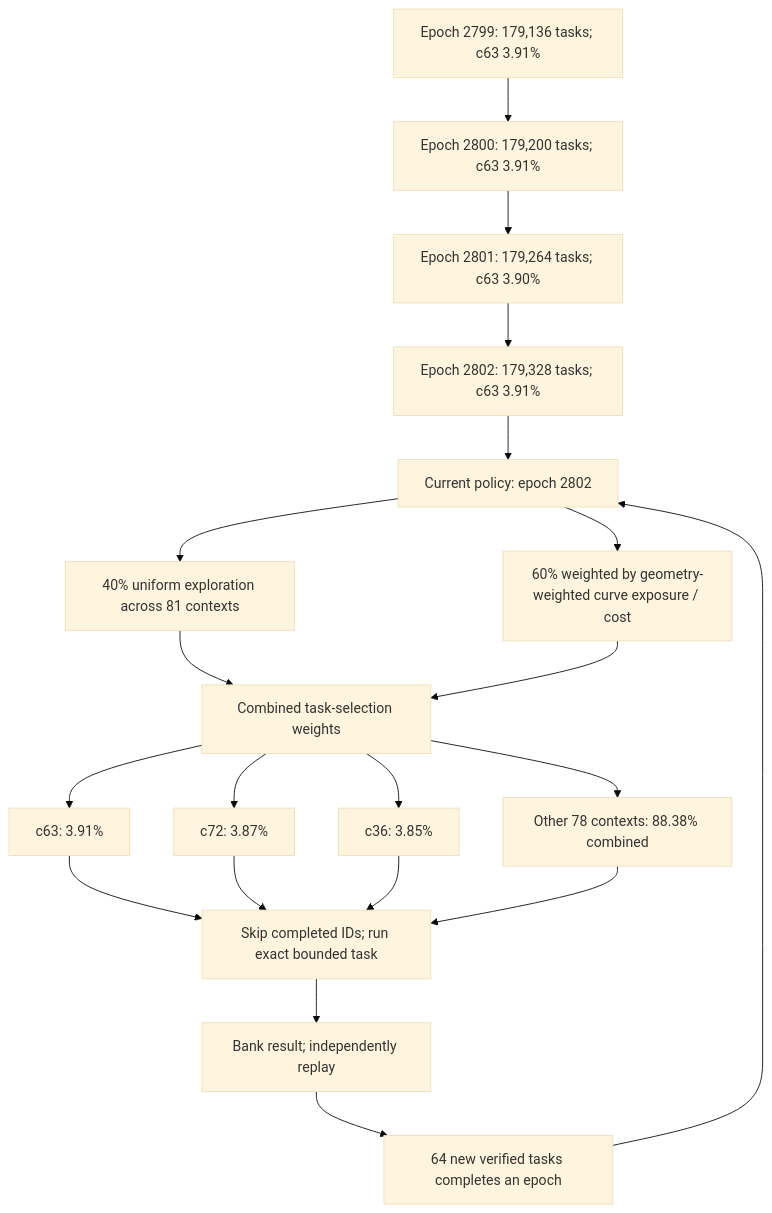
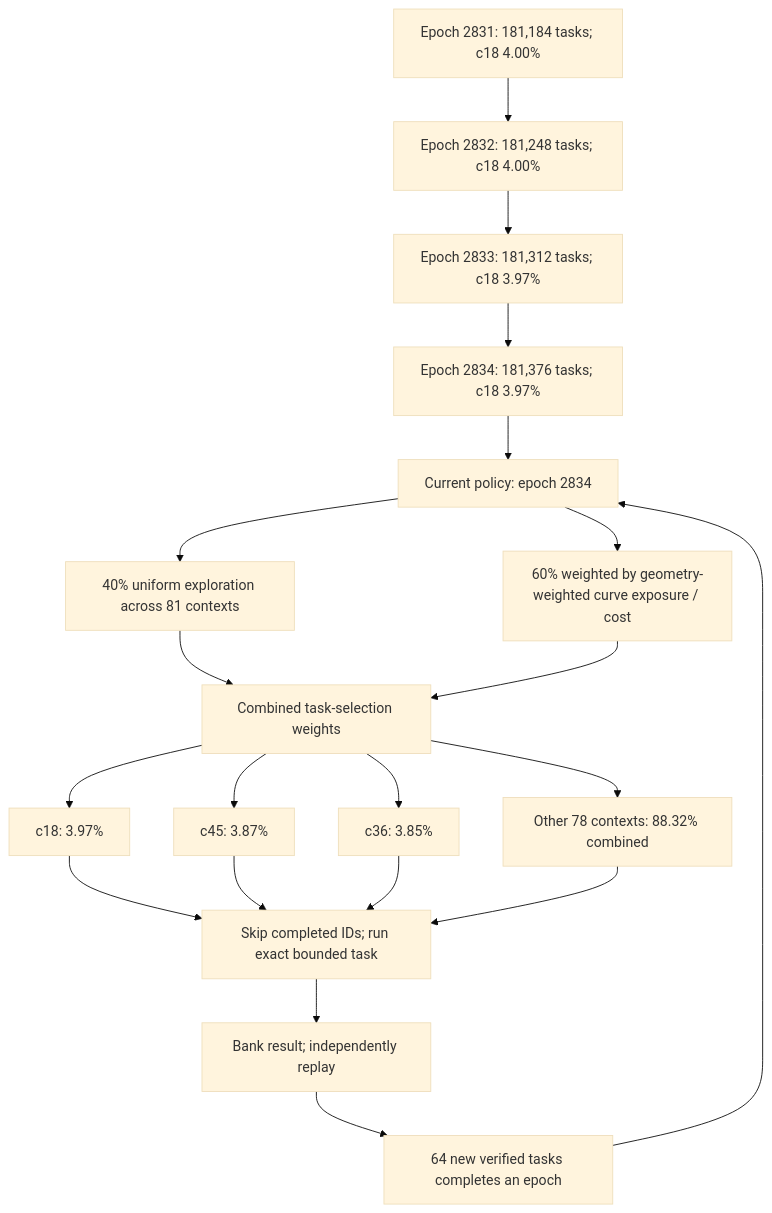
Before and after one commit to Kuberwastaken/math-gambling: the first of 3 diagrams in README.md, drawn with Mermaid (base theme). The commit also changed other lines of this file and 4073 other files, not shown here.

````diff
--- a/README.md
+++ b/README.md
@@ -56,27 +56,27 @@
 ```mermaid
 flowchart TD
-    H0["Epoch 2799: 179,136 tasks; c63 3.91%"]
-    H1["Epoch 2800: 179,200 tasks; c63 3.91%"]
+    H0["Epoch 2831: 181,184 tasks; c18 4.00%"]
+    H1["Epoch 2832: 181,248 tasks; c18 4.00%"]
     H0 --> H1
-    H2["Epoch 2801: 179,264 tasks; c63 3.90%"]
+    H2["Epoch 2833: 181,312 tasks; c18 3.97%"]
     H1 --> H2
-    H3["Epoch 2802: 179,328 tasks; c63 3.91%"]
+    H3["Epoch 2834: 181,376 tasks; c18 3.97%"]
     H2 --> H3
-    Policy["Current policy: epoch 2802"]
+    Policy["Current policy: epoch 2834"]
     H3 --> Policy
     Policy --> Explore["40% uniform exploration across 81 contexts"]
     Policy --> Cost["60% weighted by geometry-weighted curve exposure / cost"]
     Explore --> Mix["Combined task-selection weights"]
     Cost --> Mix
-    Mix --> C0["c63: 3.91%"]
-    Mix --> C1["c72: 3.87%"]
+    Mix --> C0["c18: 3.97%"]
+    Mix --> C1["c45: 3.87%"]
     Mix --> C2["c36: 3.85%"]
-    Mix --> Rest["Other 78 contexts: 88.38% combined"]
+    Mix --> Rest["Other 78 contexts: 88.32% combined"]
     C0 --> Check["Skip completed IDs; run exact bounded task"]
     C1 --> Check
     C2 --> Check
     Rest --> Check
     Check --> Replay["Bank result; independently replay"]
     Replay --> Gate["64 new verified tasks completes an epoch"]
     Gate --> Policy
 ```
````
